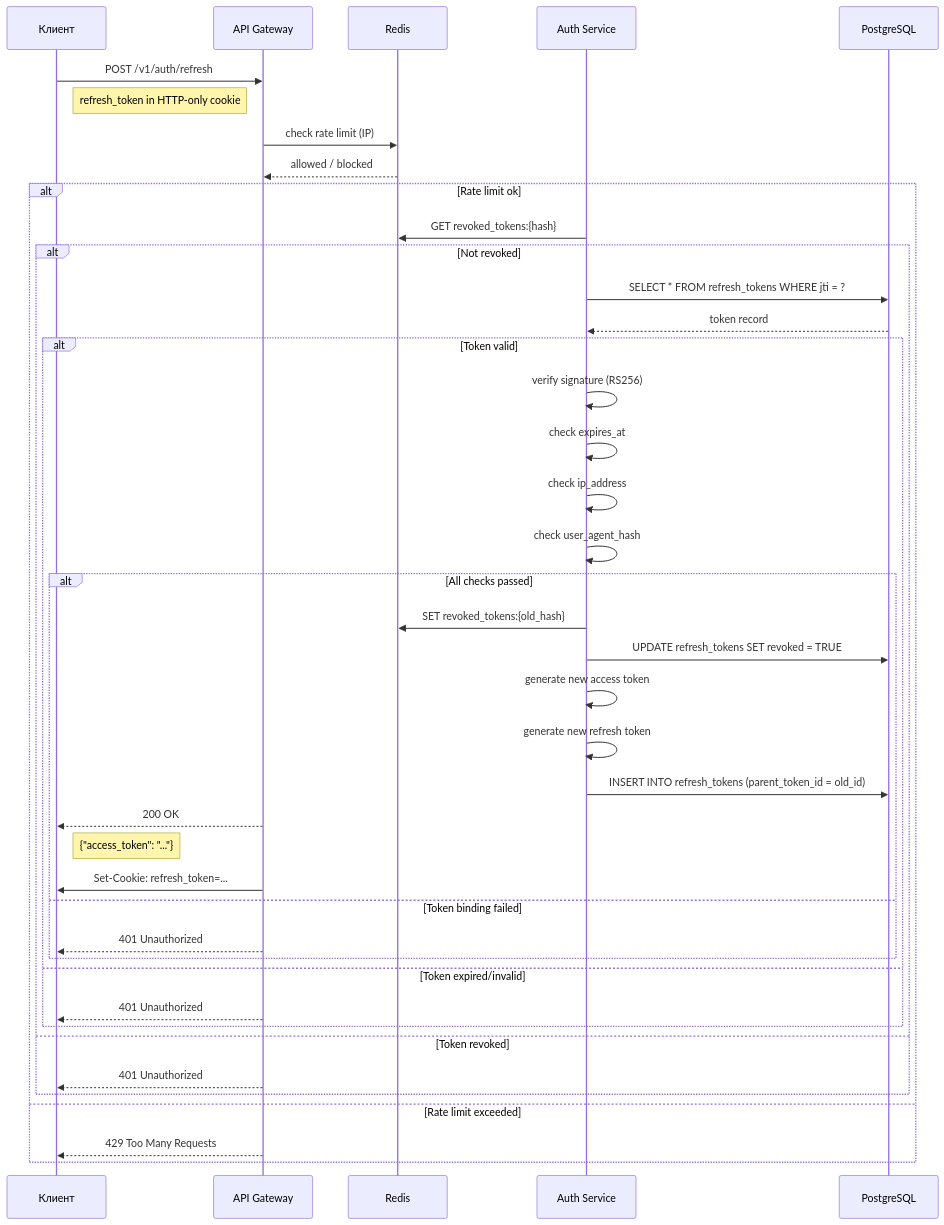
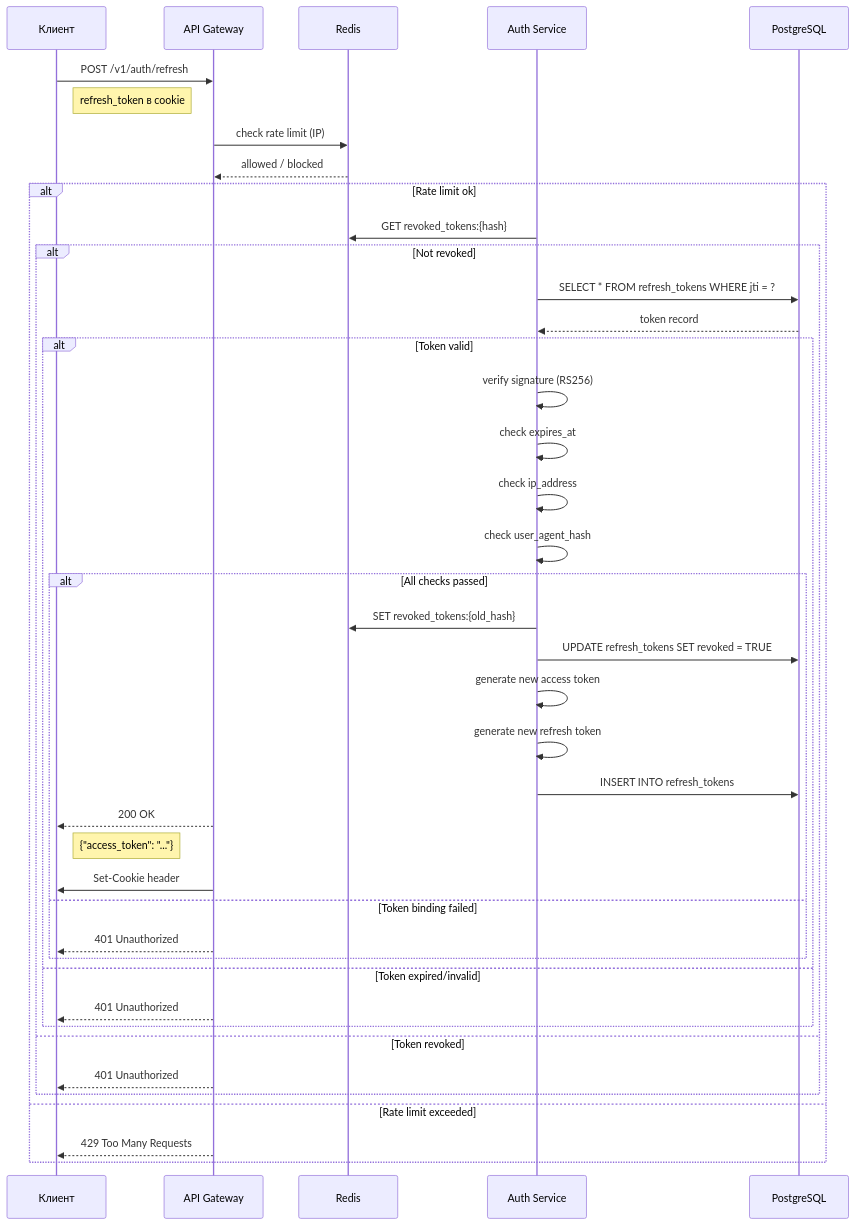
One commit to baks-dev/auth-system changed the fourth of 5 diagrams in 01-architecture.md. Above: the diagram before and after it, drawn with Mermaid. The commit also changed other lines of this file, not shown here.

````diff
--- a/01-architecture.md
+++ b/01-architecture.md
@@ -116,44 +116,44 @@
 ```mermaid
 sequenceDiagram
     participant C as Клиент
     participant G as API Gateway
     participant R as Redis
     participant A as Auth Service
     participant PG as PostgreSQL
 
     C->>G: POST /v1/auth/refresh
-    note right of C: refresh_token in HTTP-only cookie
+    note right of C: refresh_token в cookie
     G->>R: check rate limit (IP)
     R-->>G: allowed / blocked
     alt Rate limit ok
         A->>R: GET revoked_tokens:{hash}
         alt Not revoked
             A->>PG: SELECT * FROM refresh_tokens WHERE jti = ?
             PG-->>A: token record
             alt Token valid
                 A->>A: verify signature (RS256)
                 A->>A: check expires_at
                 A->>A: check ip_address
                 A->>A: check user_agent_hash
                 alt All checks passed
                     A->>R: SET revoked_tokens:{old_hash}
                     A->>PG: UPDATE refresh_tokens SET revoked = TRUE
                     A->>A: generate new access token
                     A->>A: generate new refresh token
-                    A->>PG: INSERT INTO refresh_tokens (parent_token_id = old_id)
+                    A->>PG: INSERT INTO refresh_tokens
                     G-->>C: 200 OK
                     note right of C: {"access_token": "..."}
-                    G->>C: Set-Cookie: refresh_token=...
+                    G->>C: Set-Cookie header
                 else Token binding failed
                     G-->>C: 401 Unauthorized
                 end
             else Token expired/invalid
                 G-->>C: 401 Unauthorized
             end
         else Token revoked
             G-->>C: 401 Unauthorized
         end
     else Rate limit exceeded
         G-->>C: 429 Too Many Requests
     end
 ```
````
